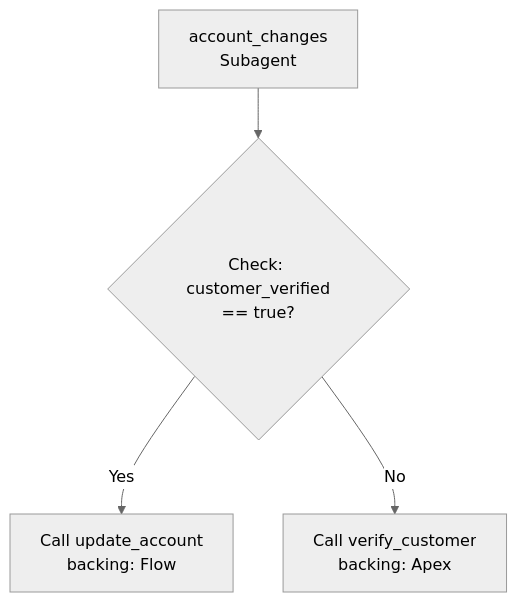
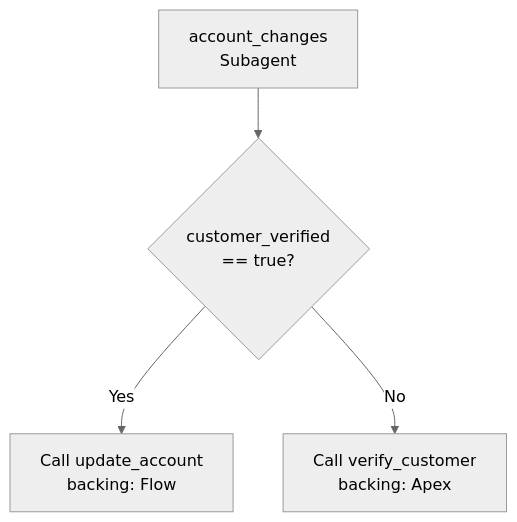
One commit to willow-marketplace/innovid changed the fourth of 12 diagrams in plugins/agentforce-adlc/skills/agentforce-generate/references/agent-subagent-map-diagrams.md. Above: the diagram before and after it, drawn with Mermaid. The commit also changed other lines of this file and 5968 other files, not shown here.

````diff
--- a/plugins/agentforce-adlc/skills/agentforce-generate/references/agent-subagent-map-diagrams.md
+++ b/plugins/agentforce-adlc/skills/agentforce-generate/references/agent-subagent-map-diagrams.md
@@ -110,7 +115,7 @@
 ```mermaid
 %%{init: {'theme':'neutral'}}%%
 graph TD
-    A[account_changes<br/>Subagent] --> B{Check: customer_verified<br/>== true?}
+    A[account_changes<br/>Subagent] --> B{customer_verified<br/>== true?}
     B -->|Yes| C[Call update_account<br/>backing: Flow]
     B -->|No| D[Call verify_customer<br/>backing: Apex]
 ```
````
